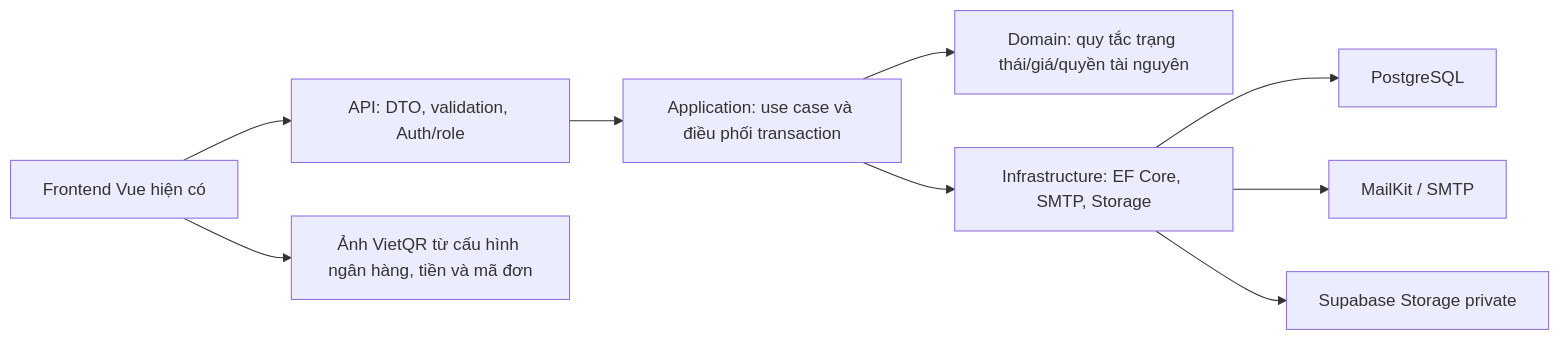
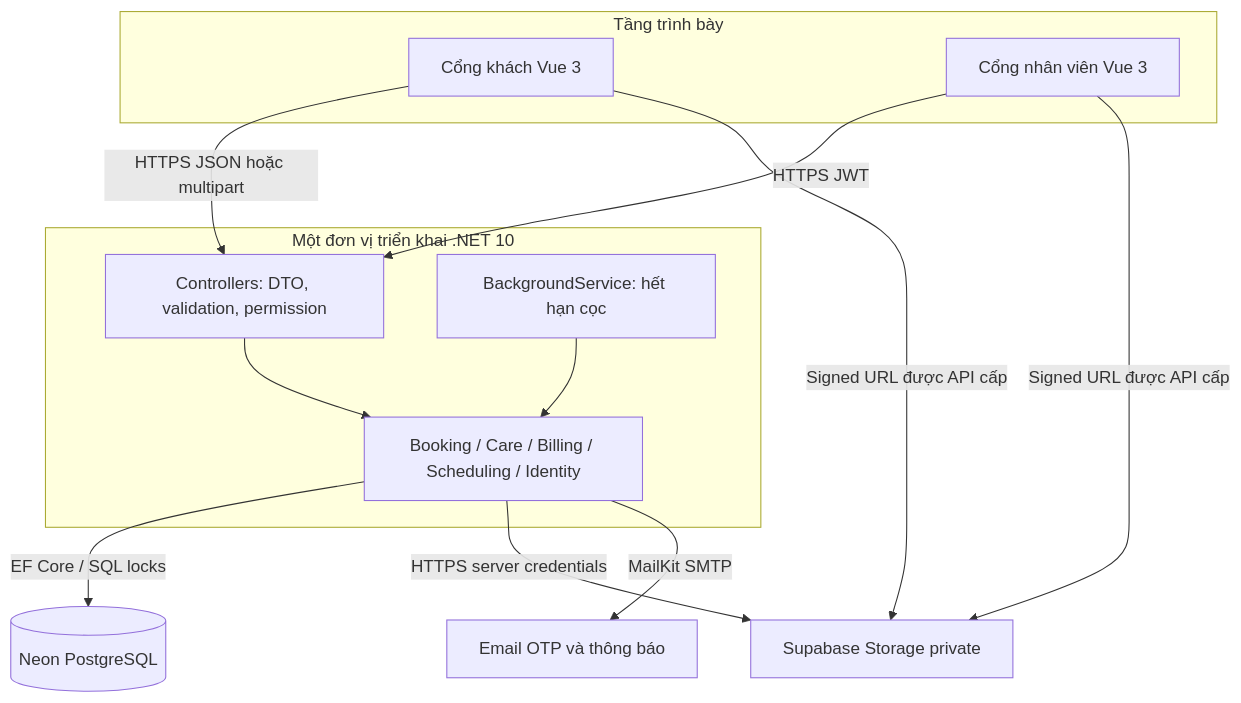
One commit to kdr1416/SE310-spa-pet-and-hotel changed the first of 19 diagrams in docs/design/system-design.md. Above: the diagram before and after it, drawn with Mermaid. The commit also changed other lines of this file and 5 other files, not shown here.

Commit message:
docs(design): lock Milestone 2 system design, ERD, and API contract baseline

````diff
--- a/docs/design/system-design.md
+++ b/docs/design/system-design.md
@@ -17,11 +10,21 @@
 ```mermaid
-flowchart LR
-    Vue["Frontend Vue hiện có"] --> API["API: DTO, validation, Auth/role"]
-    API --> App["Application: use case và điều phối transaction"]
-    App --> Domain["Domain: quy tắc trạng thái/giá/quyền tài nguyên"]
-    App --> Infra["Infrastructure: EF Core, SMTP, Storage"]
-    Infra --> DB["PostgreSQL"]
-    Infra --> SMTP["MailKit / SMTP"]
-    Infra --> Storage["Supabase Storage private"]
-    Vue --> QR["Ảnh VietQR từ cấu hình ngân hàng, tiền và mã đơn"]
+flowchart TB
+    subgraph Browser["Tầng trình bày"]
+        Guest["Cổng khách Vue 3"]
+        Staff["Cổng nhân viên Vue 3"]
+    end
+    subgraph Server["Một đơn vị triển khai .NET 10"]
+        API["Controllers: DTO, validation, permission"]
+        Modules["Booking / Care / Billing / Scheduling / Identity"]
+        Expiry["BackgroundService: hết hạn cọc"]
+        API --> Modules
+        Expiry --> Modules
+    end
+    Guest -->|HTTPS JSON hoặc multipart| API
+    Staff -->|HTTPS JWT| API
+    Modules -->|EF Core / SQL locks| DB[("Neon PostgreSQL")]
+    Modules -->|HTTPS server credentials| Storage["Supabase Storage private"]
+    Modules -->|MailKit SMTP| Mail["Email OTP và thông báo"]
+    Guest -->|Signed URL được API cấp| Storage
+    Staff -->|Signed URL được API cấp| Storage
 ```
````
